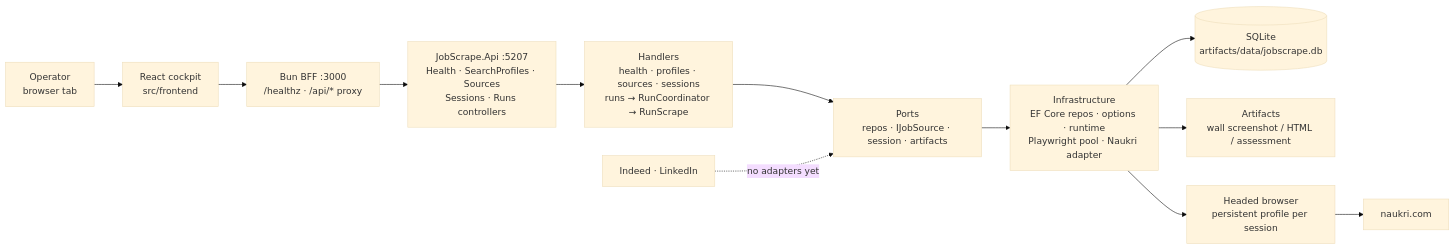
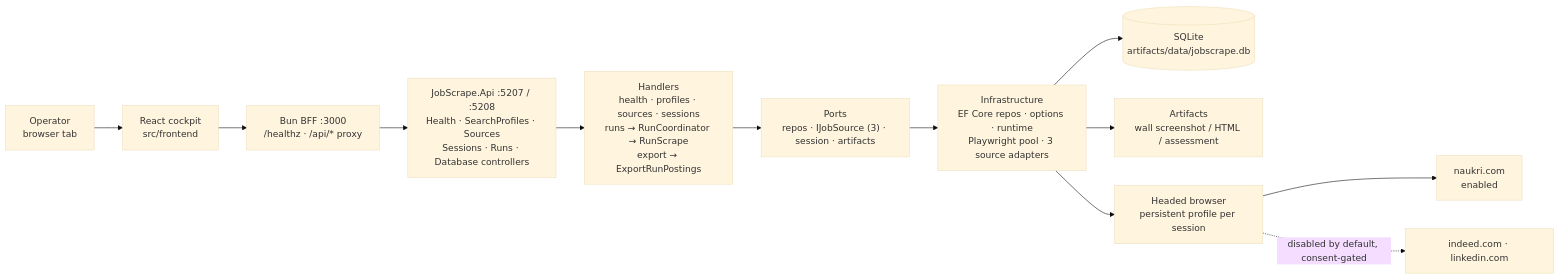
One commit to AslamNazeerShaikh/PlaywrightDotNet changed the first of 12 diagrams in docs/02-architecture.md. Above: the diagram before and after it, drawn with Mermaid (base theme). The commit also changed other lines of this file and 2 other files, not shown here.

First line of the commit message:
docs(architecture): redraw diagram and refresh architecture doc

````diff
--- a/docs/02-architecture.md
+++ b/docs/02-architecture.md
@@ -56,14 +58,14 @@
 ```mermaid
 flowchart LR
     OP["Operator<br/>browser tab"] --> UI["React cockpit<br/>src/frontend"]
     UI --> BFF["Bun BFF :3000<br/>/healthz · /api/* proxy"]
-    BFF --> API["JobScrape.Api :5207<br/>Health · SearchProfiles · Sources<br/>Sessions · Runs controllers"]
-    API --> H["Handlers<br/>health · profiles · sources · sessions<br/>runs → RunCoordinator → RunScrape"]
-    H --> PORTS["Ports<br/>repos · IJobSource · session · artifacts"]
-    PORTS --> IMPL["Infrastructure<br/>EF Core repos · options · runtime<br/>Playwright pool · Naukri adapter"]
+    BFF --> API["JobScrape.Api :5207 / :5208<br/>Health · SearchProfiles · Sources<br/>Sessions · Runs · Database controllers"]
+    API --> H["Handlers<br/>health · profiles · sources · sessions<br/>runs → RunCoordinator → RunScrape<br/>export → ExportRunPostings"]
+    H --> PORTS["Ports<br/>repos · IJobSource (3) · session · artifacts"]
+    PORTS --> IMPL["Infrastructure<br/>EF Core repos · options · runtime<br/>Playwright pool · 3 source adapters"]
     IMPL --> DB[("SQLite<br/>artifacts/data/jobscrape.db")]
     IMPL --> ART["Artifacts<br/>wall screenshot / HTML / assessment"]
     IMPL --> BRW["Headed browser<br/>persistent profile per session"]
-    BRW --> NK["naukri.com"]
-    SRC["Indeed · LinkedIn"] -.->|no adapters yet| PORTS
+    BRW --> NK["naukri.com<br/>enabled"]
+    BRW -.->|disabled by default, consent-gated| SRC["indeed.com · linkedin.com"]
 ```
````
